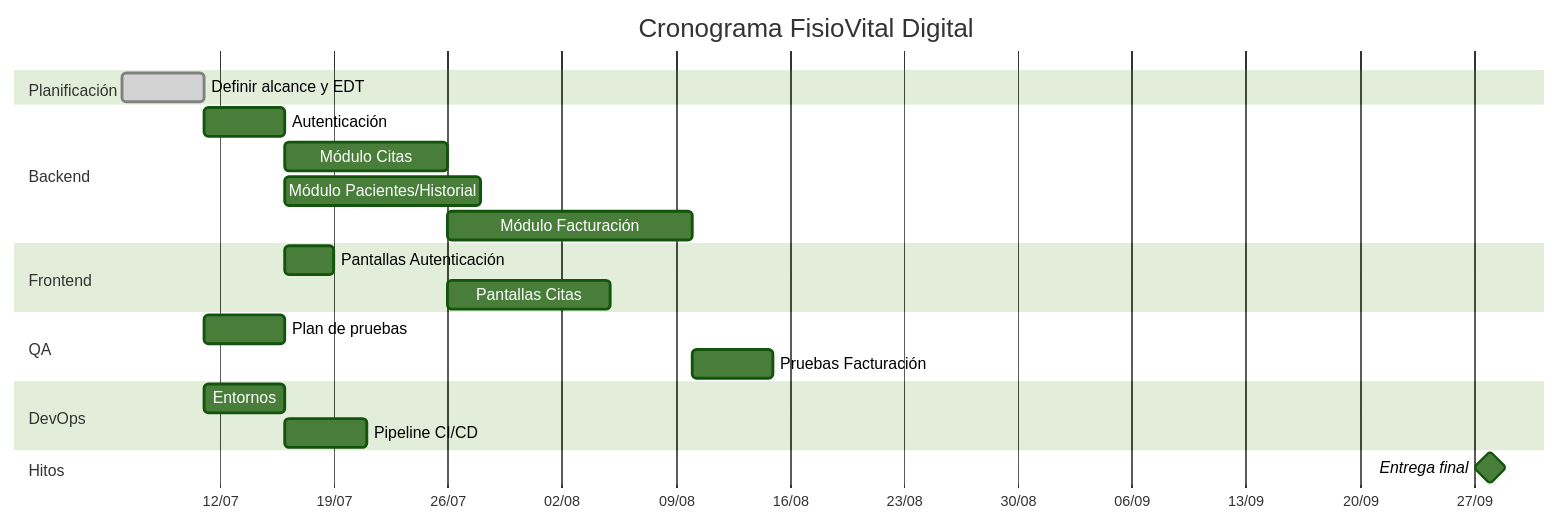
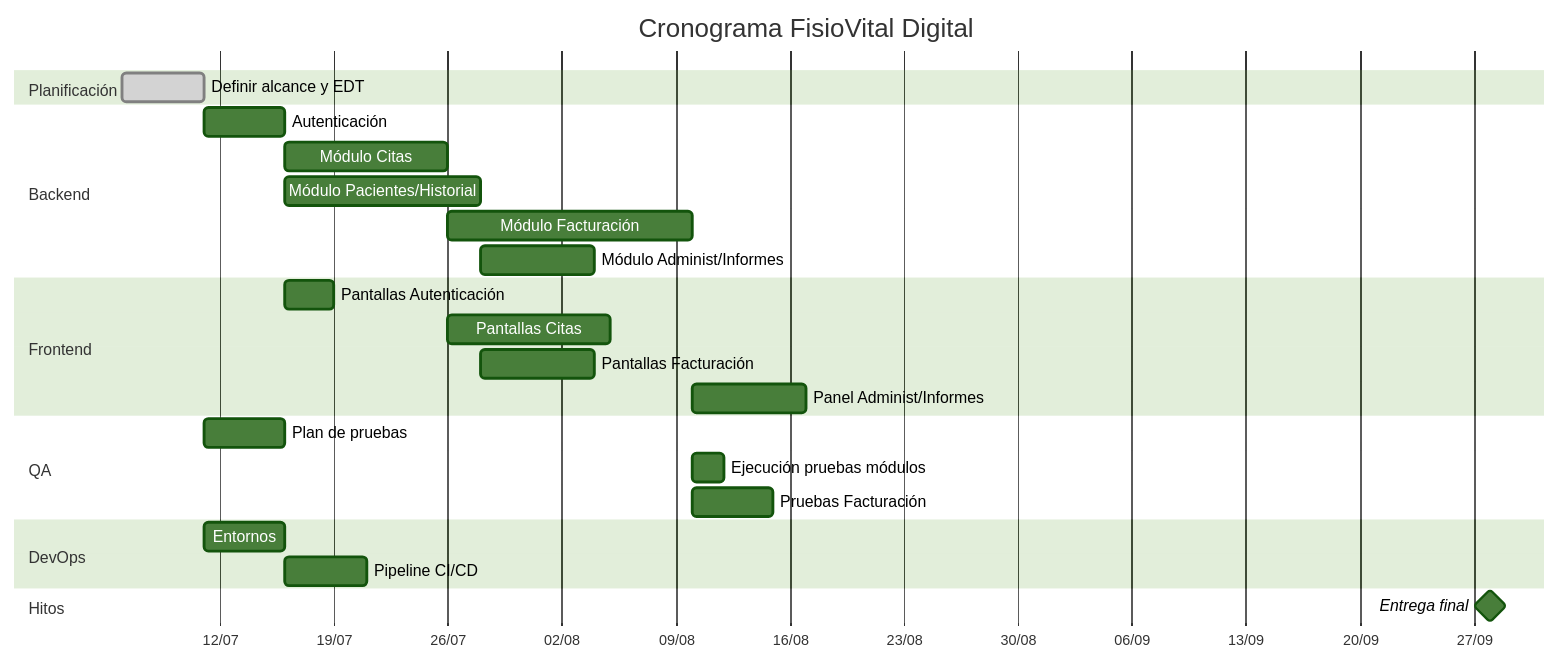
One commit to kathytisalema/fisiovital-dijital changed the diagram in 02-planificacion/cronograma.md. Above: the diagram before and after it, drawn with Mermaid (forest theme). The commit also changed other lines of this file, not shown here.

Commit message:
(docs(planificacion): cronograma con diagrama de Gantt)

````diff
--- a/02-planificacion/cronograma.md
+++ b/02-planificacion/cronograma.md
@@ -24,25 +24,29 @@
 ```mermaid
 gantt 
     title Cronograma FisioVital Digital
 
     dateFormat 2026-07-01
     axisFormat %d/%m
     section Planificación   
     Definir alcance y EDT       :done, plan1, 2026-07-06, 5d
     section Backend
     Autenticación               :back1, after plan1, 5d
     Módulo Citas                :back2, after back1, 10d
     Módulo Pacientes/Historial  :back3, after back1, 12d
     Módulo Facturación          :back4, after back2, 15d
+    Módulo Administ/Informes    : back5, after back3, 7d
     section Frontend
     Pantallas Autenticación     :front1, after back1, 3d
     Pantallas Citas             :front2, after back2, 10d
+    Pantallas Facturación       :front3, after back3, 7d
+    Panel Administ/Informes     :front4, after back4, 7d
     section QA
     Plan de pruebas             :qa1, after plan1, 5d
-    Pruebas Facturación         :qa2, after back4, 5d
+    Ejecución pruebas módulos   :qa2, after back4, 2d
+    Pruebas Facturación         :qa3, after back4, 5d
     section DevOps
     Entornos                    :dev1, after plan1, 5d
     Pipeline CI/CD              :dev2, after dev1, 5d
     section Hitos
     Entrega final               :milestone, m1, 2026-09-28, 0d
 ```
````
